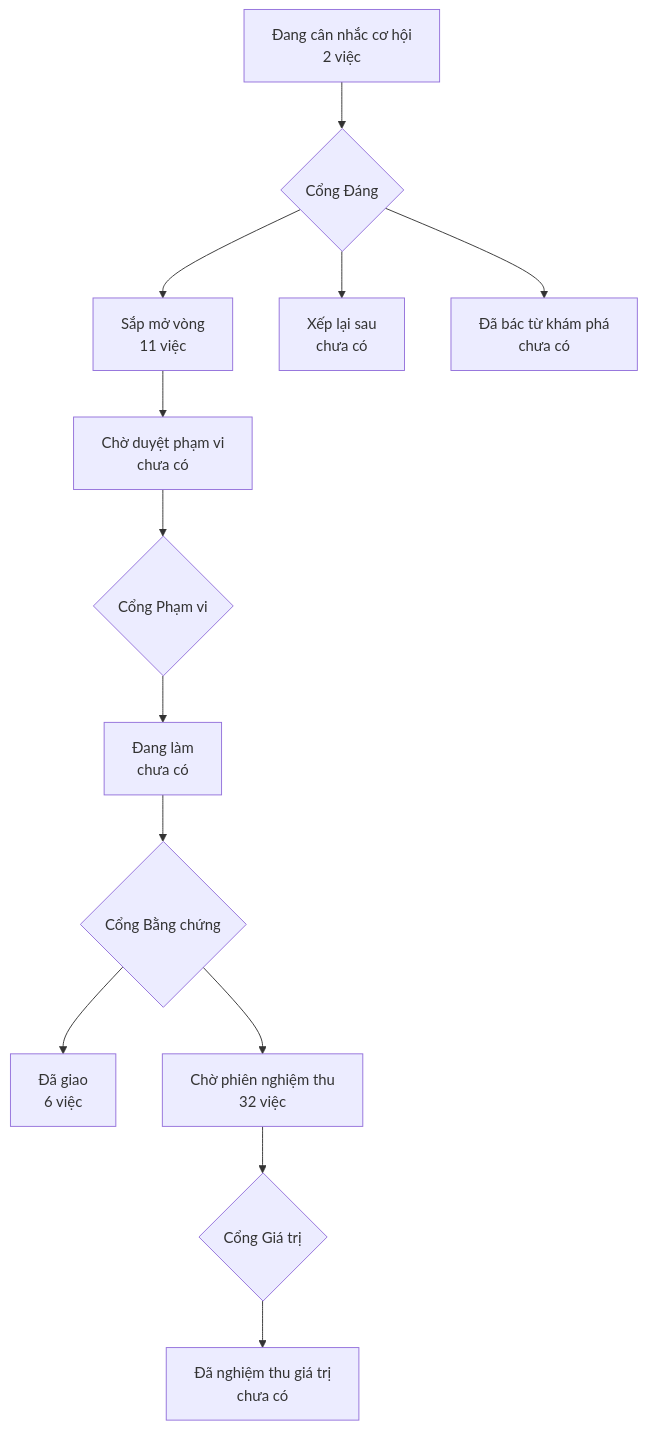
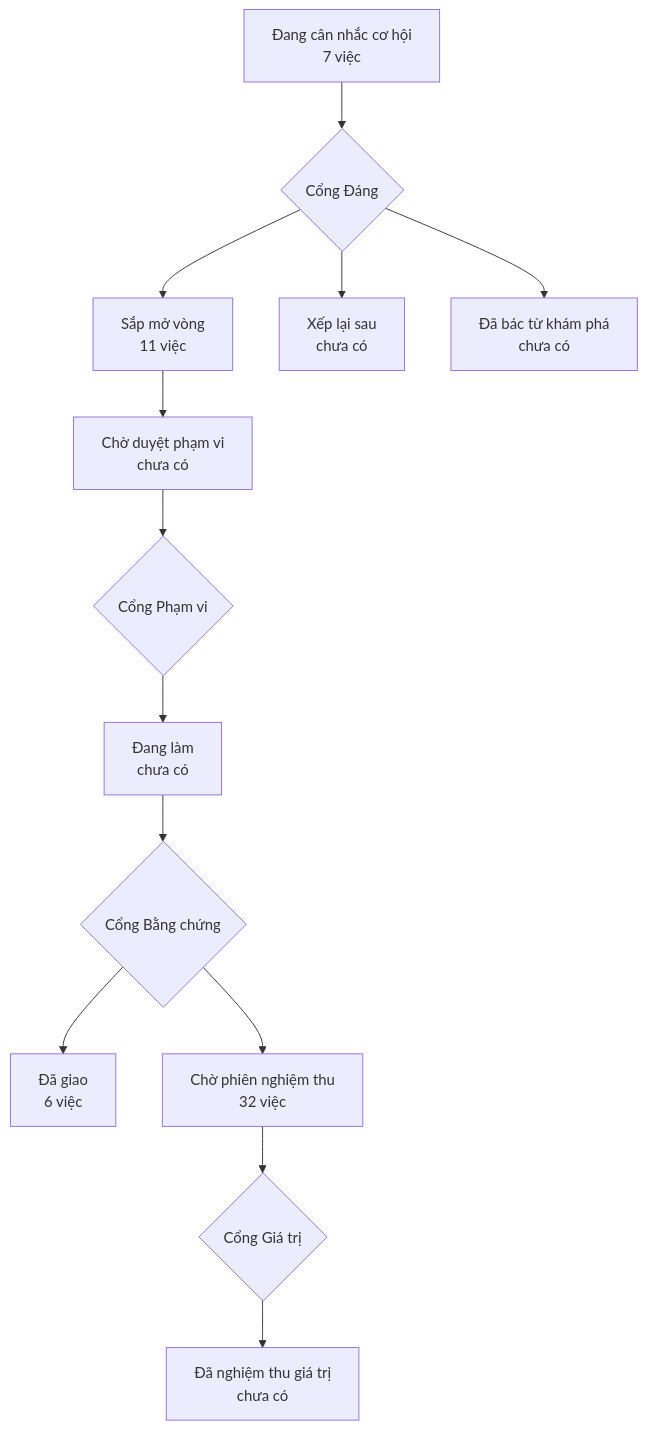
One commit to phanlemanh/onehub-quy-hang changed the diagram in PRODUCT-MAP.md. Above: the diagram before and after it, drawn with Mermaid. The commit also changed other lines of this file and 12 other files, not shown here.

Commit message:
docs(lo-trinh): rà sau hàng 85/18 — 22, 65 sau 85; 31 sau 18, 85 và phủ liên hệ, ngăn ảnh; mở ô Cổng Đáng 64–67, 31

````diff
--- a/PRODUCT-MAP.md
+++ b/PRODUCT-MAP.md
@@ -7,12 +7,12 @@
 ```mermaid
 flowchart TD
-  A["Đang cân nhắc cơ hội<br/>2 việc"] --> GD{"Cổng Đáng"}
+  A["Đang cân nhắc cơ hội<br/>7 việc"] --> GD{"Cổng Đáng"}
   GD --> B["Sắp mở vòng<br/>11 việc"]
   GD --> XL["Xếp lại sau<br/>chưa có"]
   GD --> DB["Đã bác từ khám phá<br/>chưa có"]
   B --> CD["Chờ duyệt phạm vi<br/>chưa có"] --> GP{"Cổng Phạm vi"}
   GP --> DL["Đang làm<br/>chưa có"] --> GB{"Cổng Bằng chứng"}
   GB --> DG["Đã giao<br/>6 việc"]
   GB --> CN["Chờ phiên nghiệm thu<br/>32 việc"] --> GG{"Cổng Giá trị"}
   GG --> NT["Đã nghiệm thu giá trị<br/>chưa có"]
 ```
````
